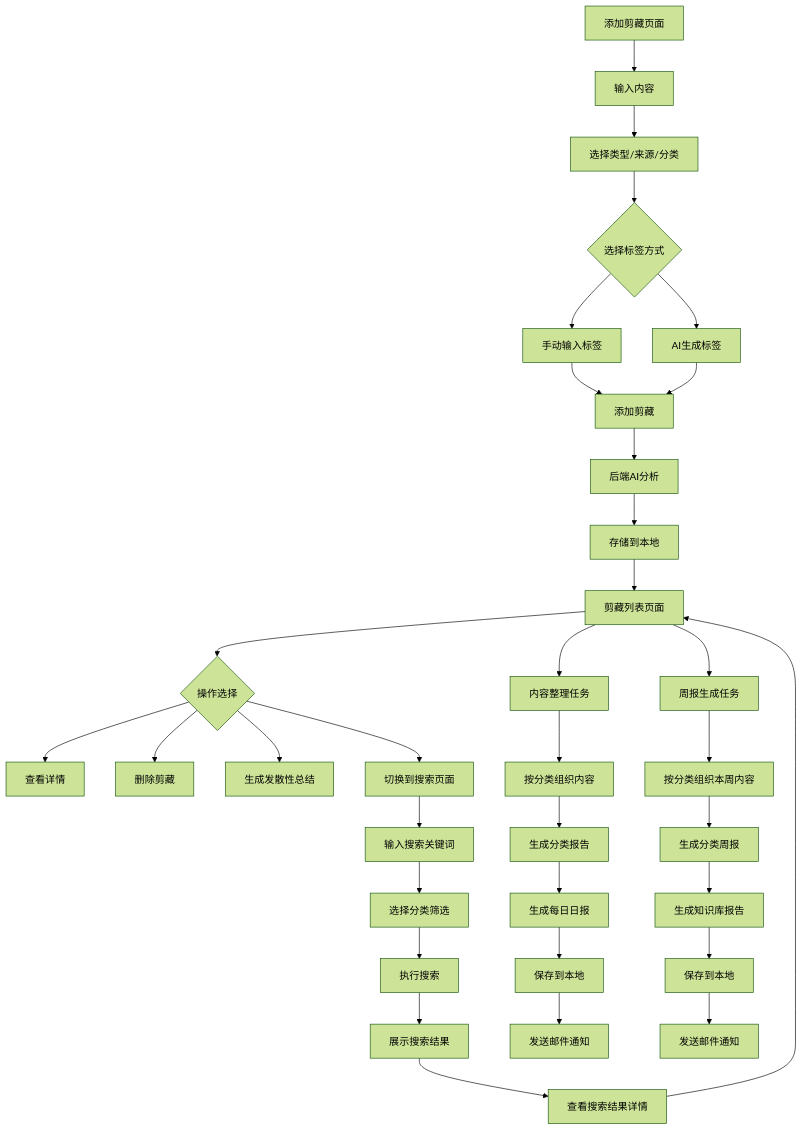
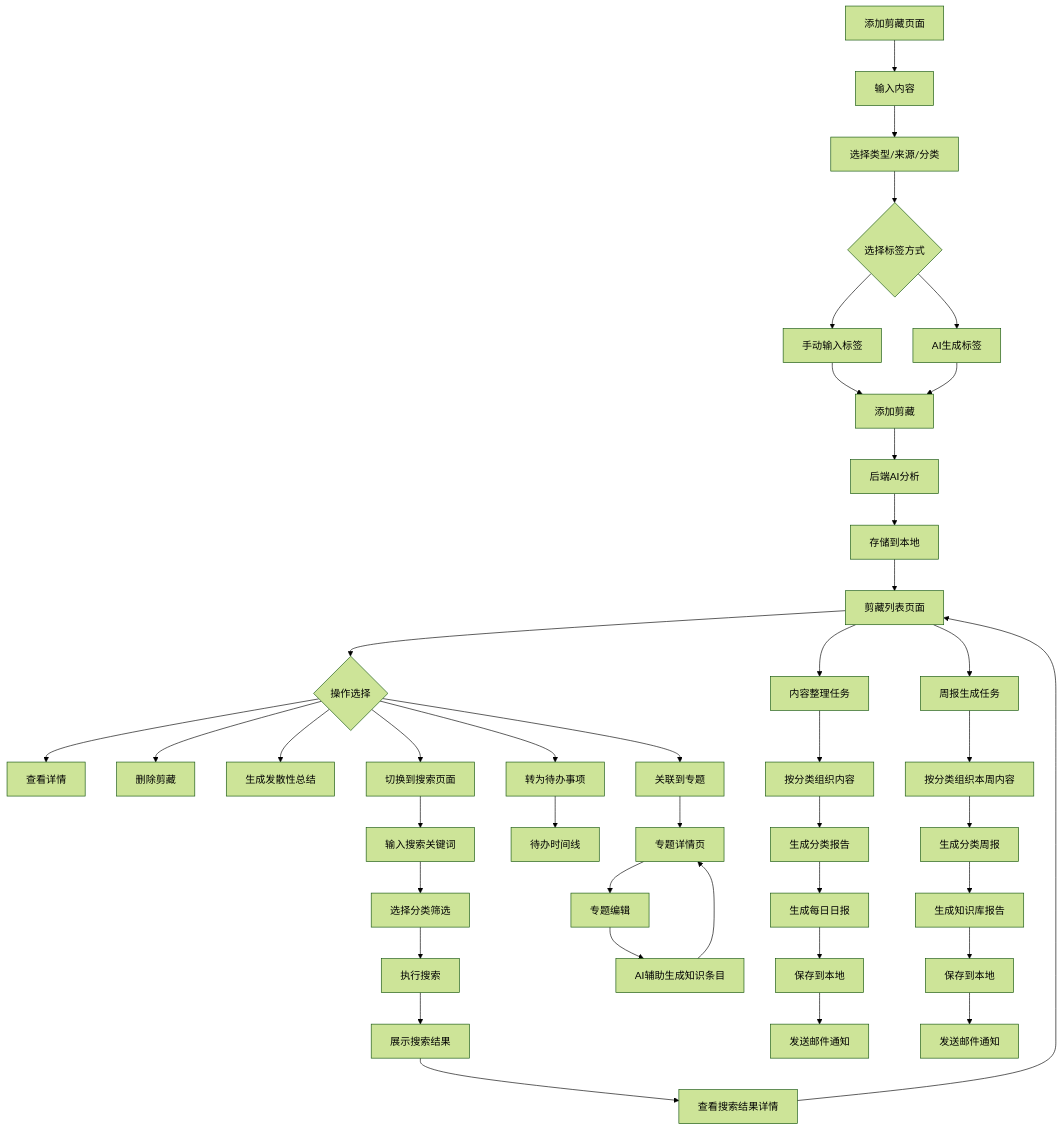
One commit to wf-Peg/ai_coding changed the diagram in PRD.md. Above: the diagram before and after it, drawn with Mermaid (forest theme). The commit also changed other lines of this file and 7 other files, not shown here.

````diff
--- a/PRD.md
+++ b/PRD.md
@@ -96,36 +117,43 @@
 ```mermaid
 flowchart TD
     A[添加剪藏页面] --> B[输入内容]
     B --> C[选择类型/来源/分类]
     C --> D{选择标签方式}
     D --> E[手动输入标签]
     D --> F[AI生成标签]
     E --> G[添加剪藏]
     F --> G
     G --> H[后端AI分析]
     H --> I[存储到本地]
     I --> J[剪藏列表页面]
     J --> K{操作选择}
     K --> L[查看详情]
     K --> M[删除剪藏]
     K --> N[生成发散性总结]
     K --> O[切换到搜索页面]
-    O --> P[输入搜索关键词]
-    P --> Q[选择分类筛选]
-    Q --> R[执行搜索]
-    R --> S[展示搜索结果]
-    S --> T[查看搜索结果详情]
-    T --> J
-    J --> U[内容整理任务]
-    U --> V[按分类组织内容]
-    V --> W[生成分类报告]
-    W --> X[生成每日日报]
-    X --> Y[保存到本地]
-    Y --> Z[发送邮件通知]
-    J --> AA[周报生成任务]
-    AA --> BB[按分类组织本周内容]
-    BB --> CC[生成分类周报]
-    CC --> DD[生成知识库报告]
-    DD --> EE[保存到本地]
-    EE --> FF[发送邮件通知]
+    K --> P[转为待办事项]
+    K --> Q[关联到专题]
+    P --> R[待办时间线]
+    Q --> S[专题详情页]
+    O --> T[输入搜索关键词]
+    T --> U[选择分类筛选]
+    U --> V[执行搜索]
+    V --> W[展示搜索结果]
+    W --> X[查看搜索结果详情]
+    X --> J
+    J --> Y[内容整理任务]
+    Y --> Z[按分类组织内容]
+    Z --> AA[生成分类报告]
+    AA --> AB[生成每日日报]
+    AB --> AC[保存到本地]
+    AC --> AD[发送邮件通知]
+    J --> AE[周报生成任务]
+    AE --> AF[按分类组织本周内容]
+    AF --> AG[生成分类周报]
+    AG --> AH[生成知识库报告]
+    AH --> AI[保存到本地]
+    AI --> AJ[发送邮件通知]
+    S --> AK[专题编辑]
+    AK --> AL[AI辅助生成知识条目]
+    AL --> S
 ```
````
